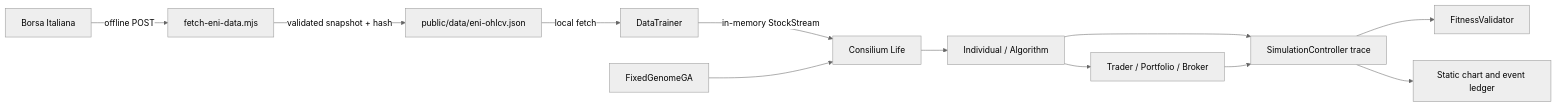
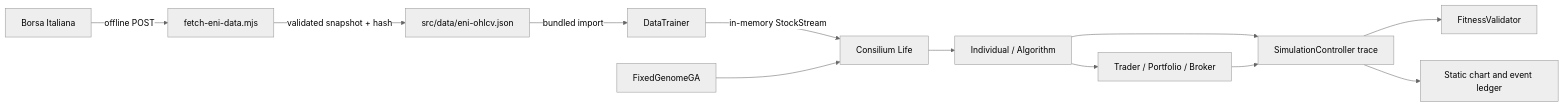
The first of 2 diagrams in docs/architecture/simulator-overview.md (ChaosCoreLab/SwarmTrader-core), drawn with Mermaid (neutral theme) before and after one commit. The commit also changed other lines of this file and 11 other files, not shown here.

First line of the commit message:
Fix stale snapshot path and runtime-fetch references

````diff
--- a/docs/architecture/simulator-overview.md
+++ b/docs/architecture/simulator-overview.md
@@ -29,14 +29,14 @@
 ```mermaid
 flowchart LR
     BI[Borsa Italiana] -->|offline POST| FETCH[fetch-eni-data.mjs]
-    FETCH -->|validated snapshot + hash| SNAP[public/data/eni-ohlcv.json]
-    SNAP -->|local fetch| DT[DataTrainer]
+    FETCH -->|validated snapshot + hash| SNAP[src/data/eni-ohlcv.json]
+    SNAP -->|bundled import| DT[DataTrainer]
     DT -->|in-memory StockStream| LIFE[Consilium Life]
     GA[FixedGenomeGA] --> LIFE
     LIFE --> IND[Individual / Algorithm]
     IND --> TR[Trader / Portfolio / Broker]
     IND --> TRACE[SimulationController trace]
     TR --> TRACE
     TRACE --> VALID[FitnessValidator]
     TRACE --> UI[Static chart and event ledger]
 ```
````
